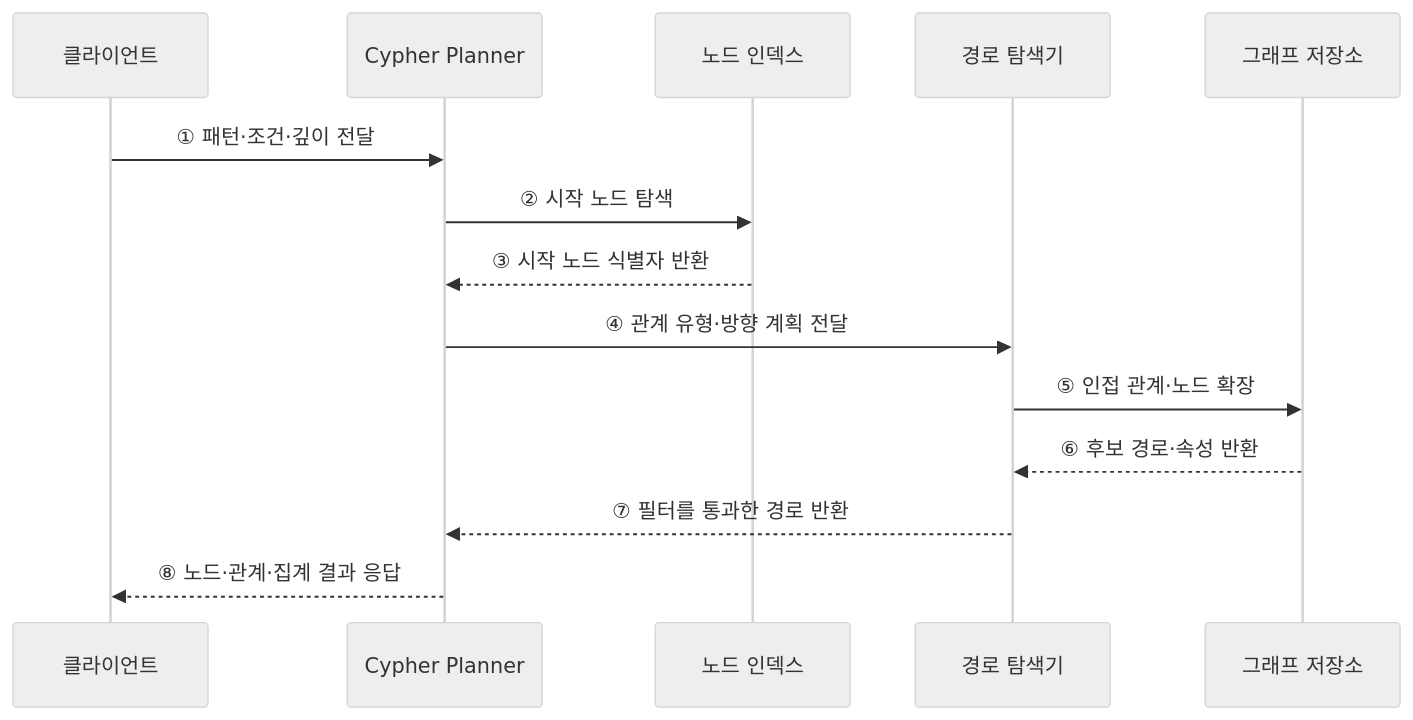
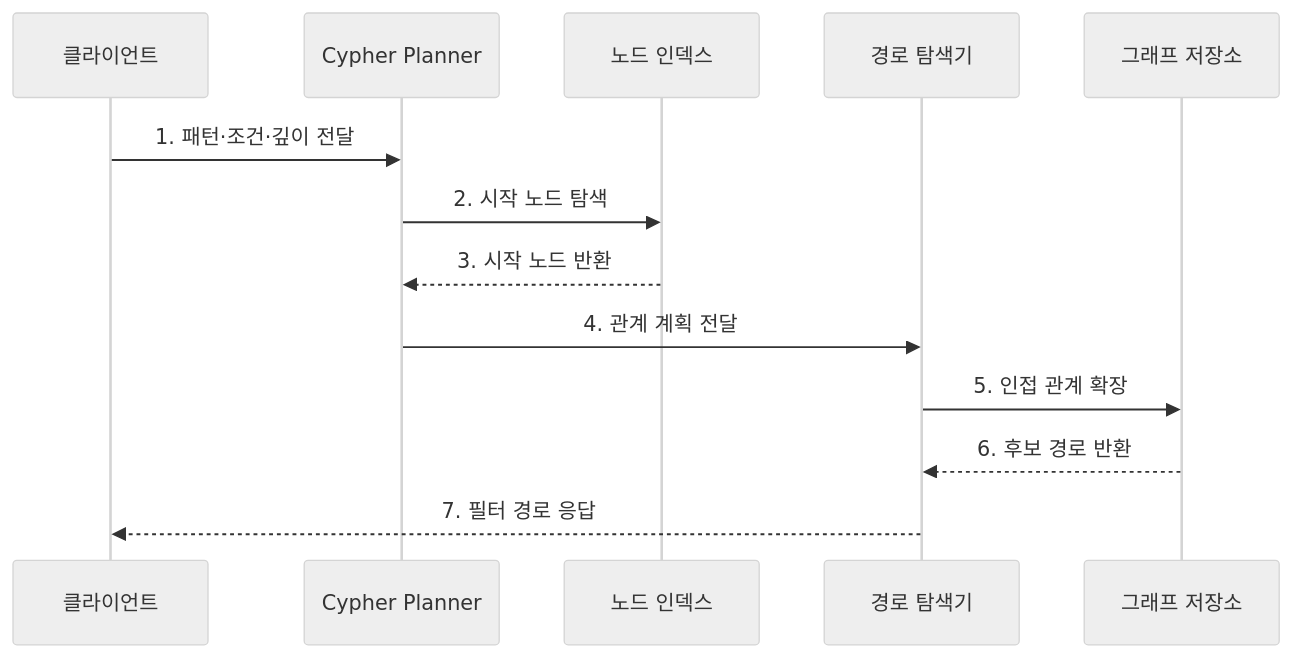
The second of 2 diagrams in src/content/docs/notes/03-software/109_neo4j_graph_database.md (agnusdei1207/knowledge-base), drawn with Mermaid (neutral theme) before and after one commit. The commit also changed other lines of this file and 20 other files, not shown here.

````diff
--- a/src/content/docs/notes/03-software/109_neo4j_graph_database.md
+++ b/src/content/docs/notes/03-software/109_neo4j_graph_database.md
@@ -72,16 +80,15 @@
 ```mermaid
 sequenceDiagram
     participant C as 클라이언트
     participant P as Cypher Planner
     participant I as 노드 인덱스
     participant T as 경로 탐색기
     participant G as 그래프 저장소
-    C->>P: ① 패턴·조건·깊이 전달
-    P->>I: ② 시작 노드 탐색
-    I-->>P: ③ 시작 노드 식별자 반환
-    P->>T: ④ 관계 유형·방향 계획 전달
-    T->>G: ⑤ 인접 관계·노드 확장
-    G-->>T: ⑥ 후보 경로·속성 반환
-    T-->>P: ⑦ 필터를 통과한 경로 반환
-    P-->>C: ⑧ 노드·관계·집계 결과 응답
+    C->>P: 1. 패턴·조건·깊이 전달
+    P->>I: 2. 시작 노드 탐색
+    I-->>P: 3. 시작 노드 반환
+    P->>T: 4. 관계 계획 전달
+    T->>G: 5. 인접 관계 확장
+    G-->>T: 6. 후보 경로 반환
+    T-->>C: 7. 필터 경로 응답
 ```
````
